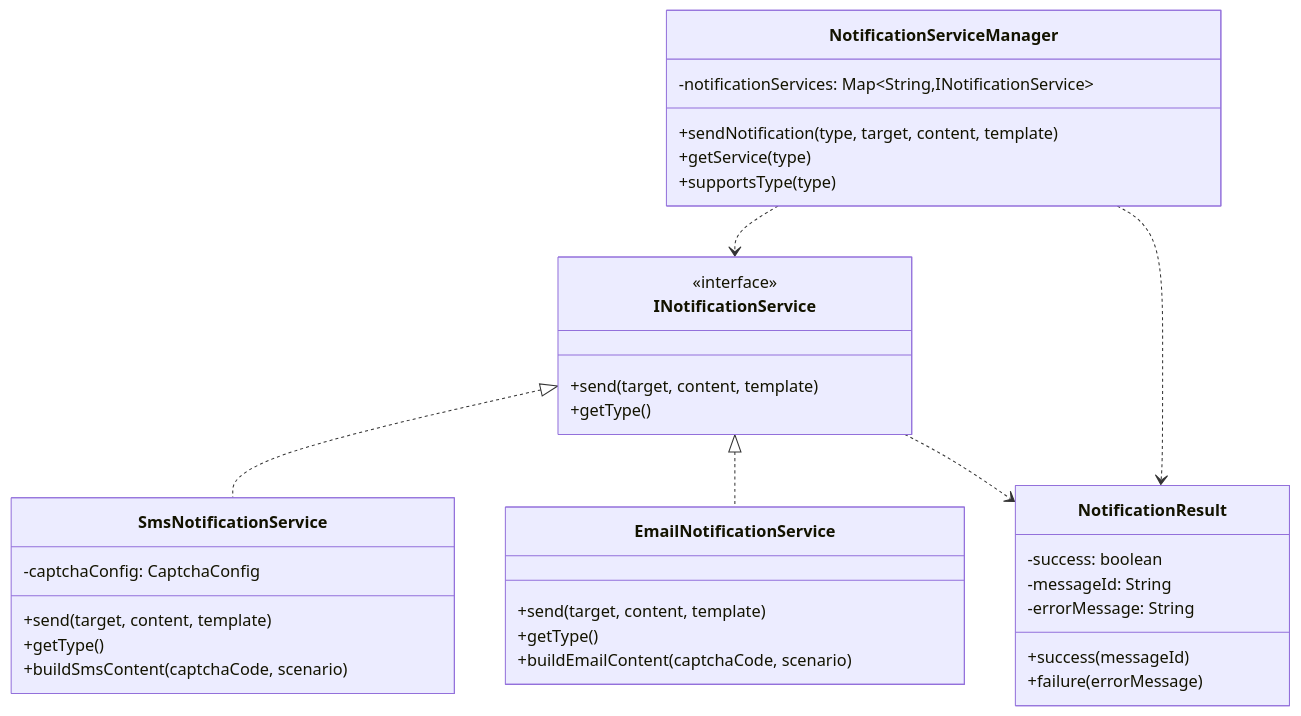
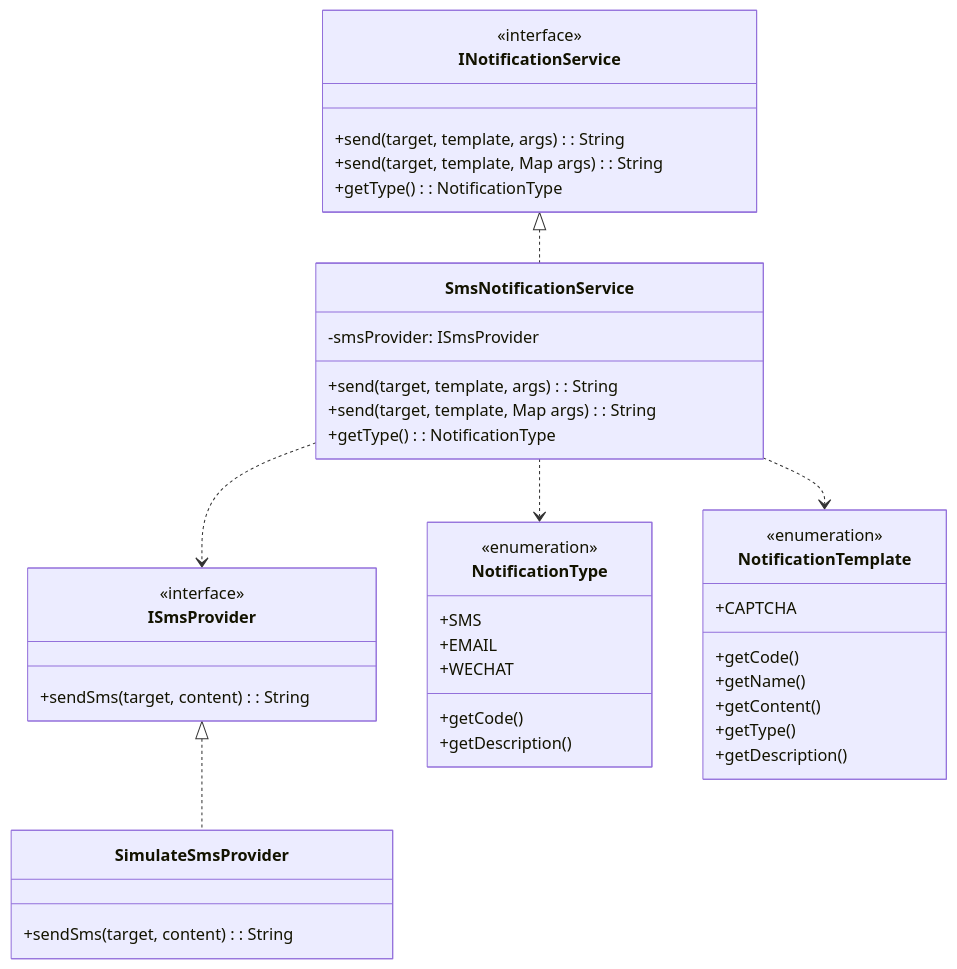
The second of 3 diagrams in NOTIFICATION_MODULE_DESIGN.md (opensabre/base-sysadmin), drawn with Mermaid before and after one commit. The commit also changed other lines of this file and 1 other file, not shown here.

Commit message:
Update notification module documentation to match actual implementation

````diff
--- a/NOTIFICATION_MODULE_DESIGN.md
+++ b/NOTIFICATION_MODULE_DESIGN.md
@@ -37,42 +44,50 @@
 ```mermaid
 classDiagram
-    class NotificationServiceManager {
-        -notificationServices: Map~String,INotificationService~
-        +sendNotification(type, target, content, template)
-        +getService(type)
-        +supportsType(type)
-    }
-    
     class INotificationService {
         <<interface>>
-        +send(target, content, template)
-        +getType()
+        +send(target, template, args) : String
+        +send(target, template, Map args) : String
+        +getType() : NotificationType
     }
     
     class SmsNotificationService {
-        -captchaConfig: CaptchaConfig
-        +send(target, content, template)
-        +getType()
-        +buildSmsContent(captchaCode, scenario)
+        -smsProvider: ISmsProvider
+        +send(target, template, args) : String
+        +send(target, template, Map args) : String
+        +getType() : NotificationType
     }
     
-    class EmailNotificationService {
-        +send(target, content, template)
-        +getType()
-        +buildEmailContent(captchaCode, scenario)
+    class ISmsProvider {
+        <<interface>>
+        +sendSms(target, content) : String
     }
     
-    class NotificationResult {
-        -success: boolean
-        -messageId: String
-        -errorMessage: String
-        +success(messageId)
-        +failure(errorMessage)
+    class SimulateSmsProvider {
+        +sendSms(target, content) : String
     }
     
-    NotificationServiceManager ..> INotificationService
+    class NotificationType {
+        <<enumeration>>
+        +SMS
+        +EMAIL
+        +WECHAT
+        +getCode()
+        +getDescription()
+    }
+    
+    class NotificationTemplate {
+        <<enumeration>>
+        +CAPTCHA
+        +getCode()
+        +getName()
+        +getContent()
+        +getType()
+        +getDescription()
+    }
+    
     INotificationService <|.. SmsNotificationService
-    INotificationService <|.. EmailNotificationService
-    NotificationServiceManager ..> NotificationResult
-    INotificationService ..> NotificationResult
+    ISmsProvider <|.. SimulateSmsProvider
+    SmsNotificationService ..> ISmsProvider
+    SmsNotificationService ..> NotificationType
+    SmsNotificationService ..> NotificationTemplate
 ```
````
